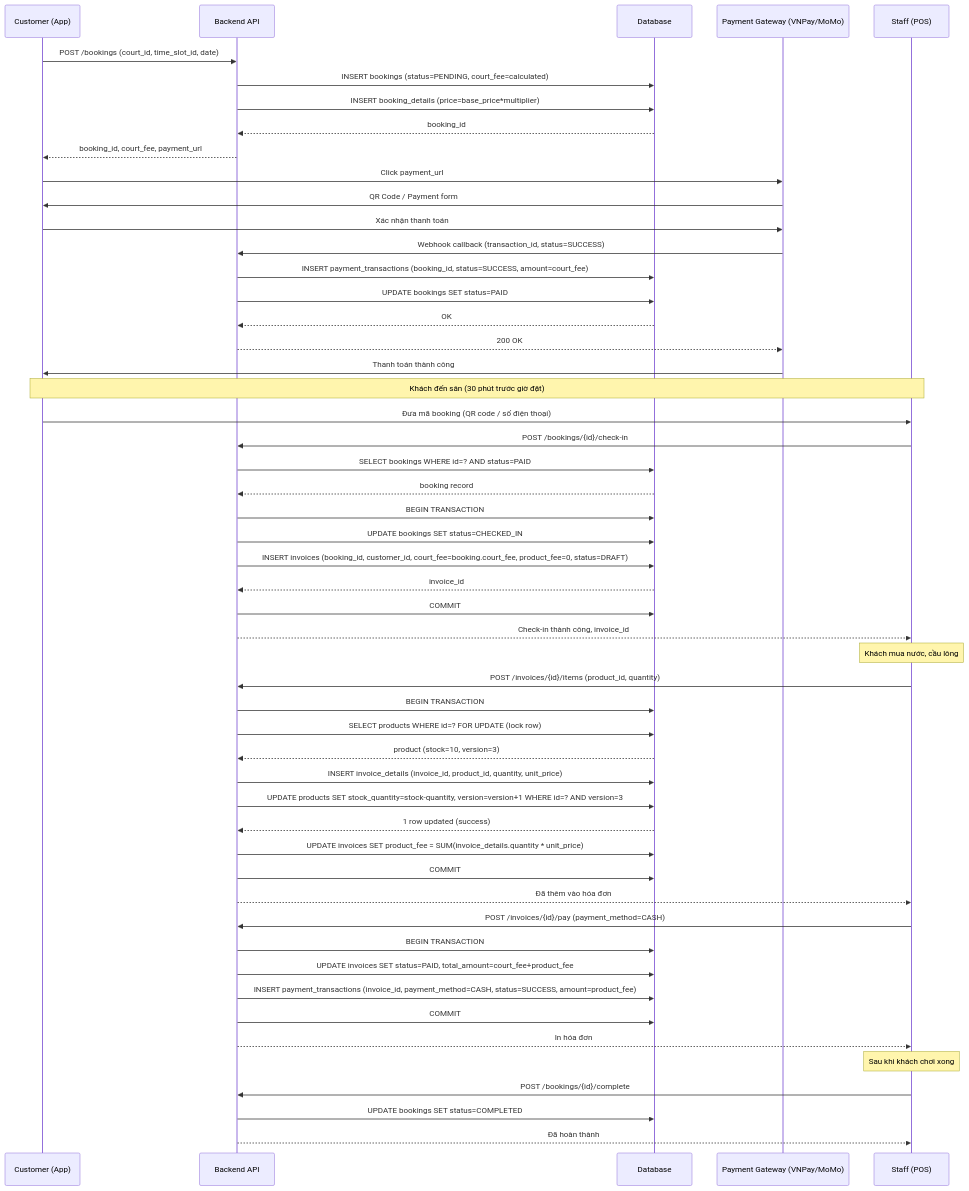
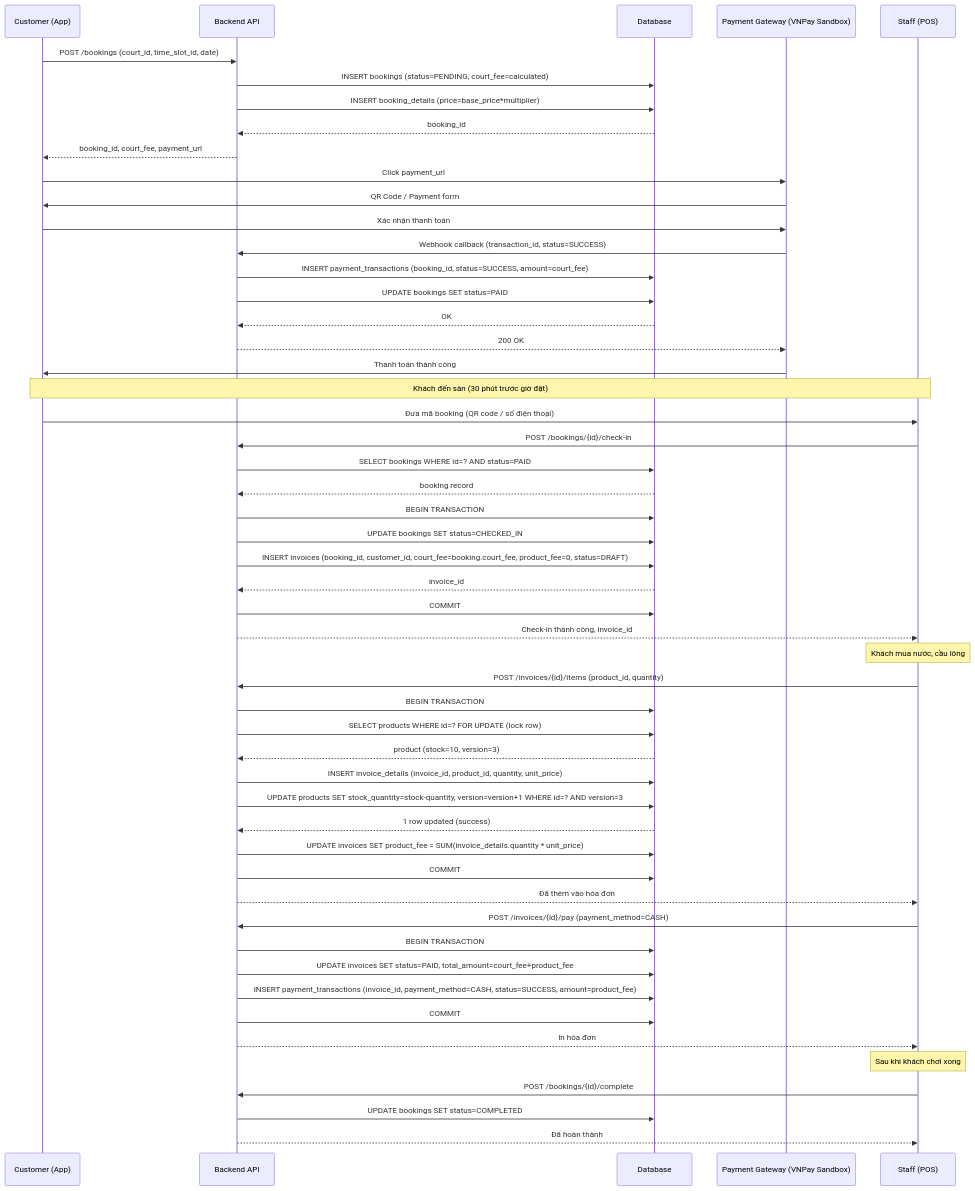
The first of 3 diagrams in docs/payment-invoice-flow.md (hung-it/Badminton_Court_Management), drawn with Mermaid before and after one commit. The commit also changed other lines of this file and 41 other files, not shown here.

````diff
--- a/docs/payment-invoice-flow.md
+++ b/docs/payment-invoice-flow.md
@@ -49,65 +49,65 @@
 ```mermaid
 sequenceDiagram
     participant C as Customer (App)
     participant API as Backend API
     participant DB as Database
-    participant PG as Payment Gateway (VNPay/MoMo)
+    participant PG as Payment Gateway (VNPay Sandbox)
     participant Staff as Staff (POS)
 
     %% Phase 1: Booking & Payment
     C->>API: POST /bookings (court_id, time_slot_id, date)
     API->>DB: INSERT bookings (status=PENDING, court_fee=calculated)
     API->>DB: INSERT booking_details (price=base_price*multiplier)
     DB-->>API: booking_id
     API-->>C: booking_id, court_fee, payment_url
 
     C->>PG: Click payment_url
     PG->>C: QR Code / Payment form
     C->>PG: Xác nhận thanh toán
     PG->>API: Webhook callback (transaction_id, status=SUCCESS)
     API->>DB: INSERT payment_transactions (booking_id, status=SUCCESS, amount=court_fee)
     API->>DB: UPDATE bookings SET status=PAID
     DB-->>API: OK
     API-->>PG: 200 OK
     PG->>C: Thanh toán thành công
 
     %% Phase 2: Check-in
     Note over C,Staff: Khách đến sân (30 phút trước giờ đặt)
     C->>Staff: Đưa mã booking (QR code / số điện thoại)
     Staff->>API: POST /bookings/{id}/check-in
     API->>DB: SELECT bookings WHERE id=? AND status=PAID
     DB-->>API: booking record
     
     API->>DB: BEGIN TRANSACTION
     API->>DB: UPDATE bookings SET status=CHECKED_IN
     API->>DB: INSERT invoices (booking_id, customer_id, court_fee=booking.court_fee, product_fee=0, status=DRAFT)
     DB-->>API: invoice_id
     API->>DB: COMMIT
     API-->>Staff: Check-in thành công, invoice_id
 
     %% Phase 3: Mua hàng & Thanh toán product_fee
     Note over Staff: Khách mua nước, cầu lông
     Staff->>API: POST /invoices/{id}/items (product_id, quantity)
     API->>DB: BEGIN TRANSACTION
     API->>DB: SELECT products WHERE id=? FOR UPDATE (lock row)
     DB-->>API: product (stock=10, version=3)
     API->>DB: INSERT invoice_details (invoice_id, product_id, quantity, unit_price)
     API->>DB: UPDATE products SET stock_quantity=stock-quantity, version=version+1 WHERE id=? AND version=3
     DB-->>API: 1 row updated (success)
     API->>DB: UPDATE invoices SET product_fee = SUM(invoice_details.quantity * unit_price)
     API->>DB: COMMIT
     API-->>Staff: Đã thêm vào hóa đơn
 
     Staff->>API: POST /invoices/{id}/pay (payment_method=CASH)
     API->>DB: BEGIN TRANSACTION
     API->>DB: UPDATE invoices SET status=PAID, total_amount=court_fee+product_fee
     API->>DB: INSERT payment_transactions (invoice_id, payment_method=CASH, status=SUCCESS, amount=product_fee)
     API->>DB: COMMIT
     API-->>Staff: In hóa đơn
 
     %% Phase 4: Hoàn thành
     Note over Staff: Sau khi khách chơi xong
     Staff->>API: POST /bookings/{id}/complete
     API->>DB: UPDATE bookings SET status=COMPLETED
     API-->>Staff: Đã hoàn thành
 ```
````
